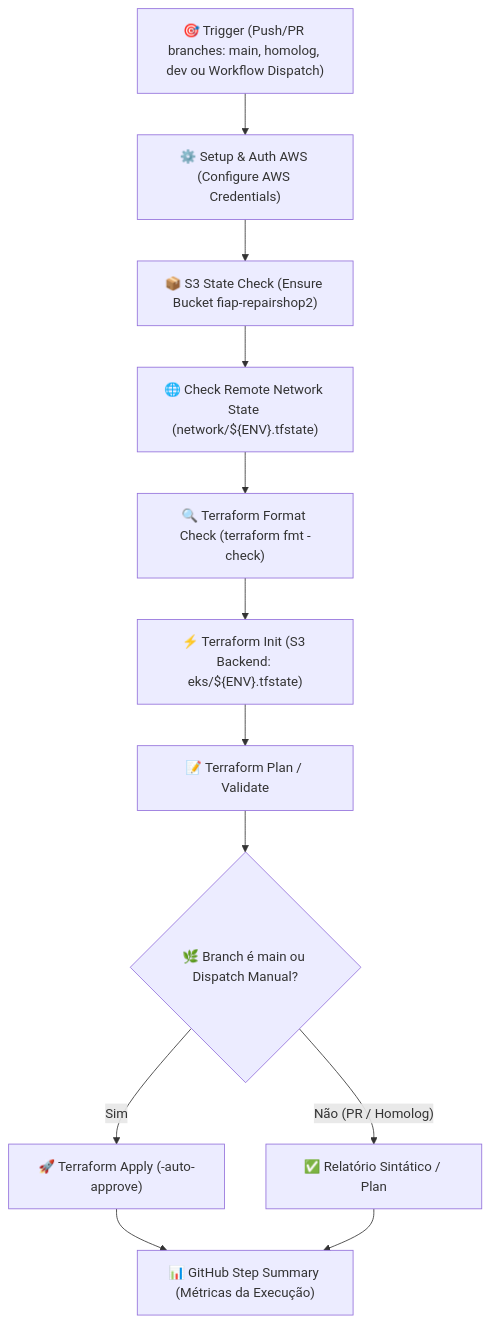
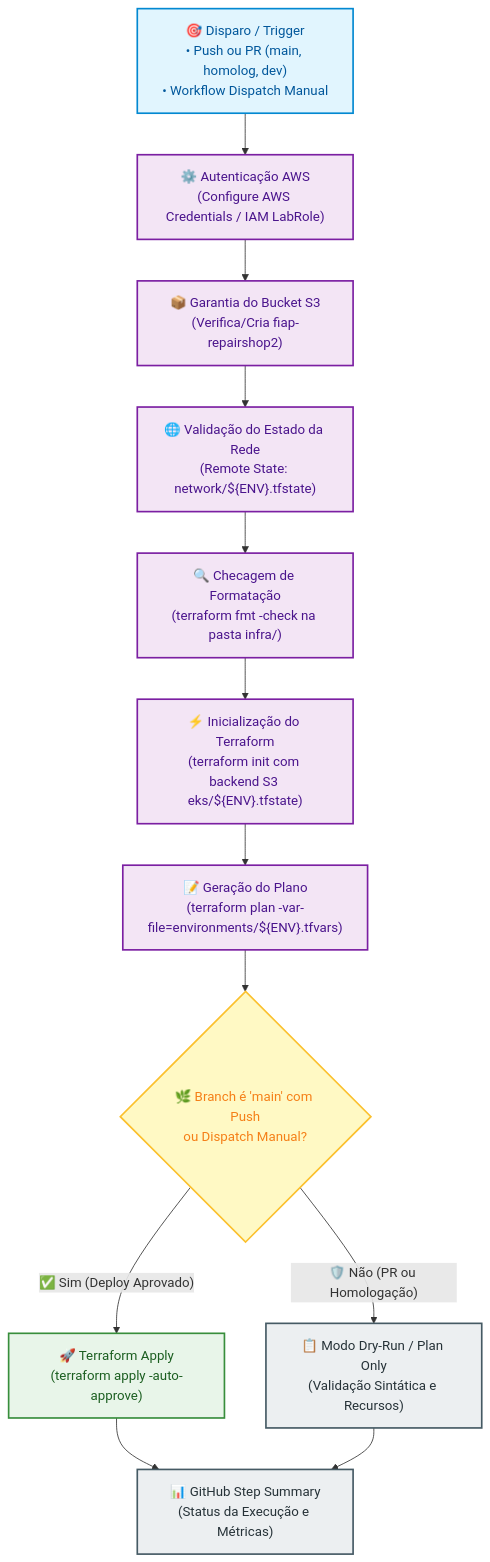
The second of 3 diagrams in README.md (tech-challenge-fiap-repairshop/tech-challenge-repairshop-infra-eks), drawn with Mermaid before and after one commit. The commit also changed other lines of this file, not shown here.

Commit message:
docs: standardize Mermaid diagrams with enhanced styling, spacing and Git Flow

````diff
--- a/README.md
+++ b/README.md
@@ -90,14 +109,23 @@
 ```mermaid
 flowchart TD
-    A["🎯 Trigger (Push/PR branches: main, homolog, dev ou Workflow Dispatch)"] --> B["⚙️ Setup & Auth AWS (Configure AWS Credentials)"]
-    B --> C["📦 S3 State Check (Ensure Bucket fiap-repairshop2)"]
-    C --> D["🌐 Check Remote Network State (network/${ENV}.tfstate)"]
-    D --> E["🔍 Terraform Format Check (terraform fmt -check)"]
-    E --> F["⚡ Terraform Init (S3 Backend: eks/${ENV}.tfstate)"]
-    F --> G["📝 Terraform Plan / Validate"]
-    G --> H{"🌿 Branch é main ou Dispatch Manual?"}
-    H -- "Sim" --> I["🚀 Terraform Apply (-auto-approve)"]
-    H -- "Não (PR / Homolog)" --> J["✅ Relatório Sintático / Plan"]
-    I --> K["📊 GitHub Step Summary (Métricas da Execução)"]
+    classDef triggerStyle fill:#E1F5FE,stroke:#0288D1,stroke-width:2px,color:#01579B
+    classDef stepStyle fill:#F3E5F5,stroke:#7B1FA2,stroke-width:2px,color:#4A148C
+    classDef gateStyle fill:#FFF9C4,stroke:#FBC02D,stroke-width:2px,color:#F57F17
+    classDef deployStyle fill:#E8F5E9,stroke:#388E3C,stroke-width:2px,color:#1B5E20
+    classDef reportStyle fill:#ECEFF1,stroke:#455A64,stroke-width:2px,color:#263238
+
+    A["🎯 Disparo / Trigger\n• Push ou PR (main, homolog, dev)\n• Workflow Dispatch Manual"]:::triggerStyle
+    A --> B["⚙️ Autenticação AWS\n(Configure AWS Credentials / IAM LabRole)"]:::stepStyle
+    B --> C["📦 Garantia do Bucket S3\n(Verifica/Cria fiap-repairshop2)"]:::stepStyle
+    C --> D["🌐 Validação do Estado da Rede\n(Remote State: network/${ENV}.tfstate)"]:::stepStyle
+    D --> E["🔍 Checagem de Formatação\n(terraform fmt -check na pasta infra/)"]:::stepStyle
+    E --> F["⚡ Inicialização do Terraform\n(terraform init com backend S3 eks/${ENV}.tfstate)"]:::stepStyle
+    F --> G["📝 Geração do Plano\n(terraform plan -var-file=environments/${ENV}.tfvars)"]:::stepStyle
+    G --> H{"🌿 Branch é 'main' com Push\nou Dispatch Manual?"}:::gateStyle
+    
+    H -- "✅ Sim (Deploy Aprovado)" --> I["🚀 Terraform Apply\n(terraform apply -auto-approve)"]:::deployStyle
+    H -- "🛡️ Não (PR ou Homologação)" --> J["📋 Modo Dry-Run / Plan Only\n(Validação Sintática e Recursos)"]:::reportStyle
+    
+    I --> K["📊 GitHub Step Summary\n(Status da Execução e Métricas)"]:::reportStyle
     J --> K
 ```
````
